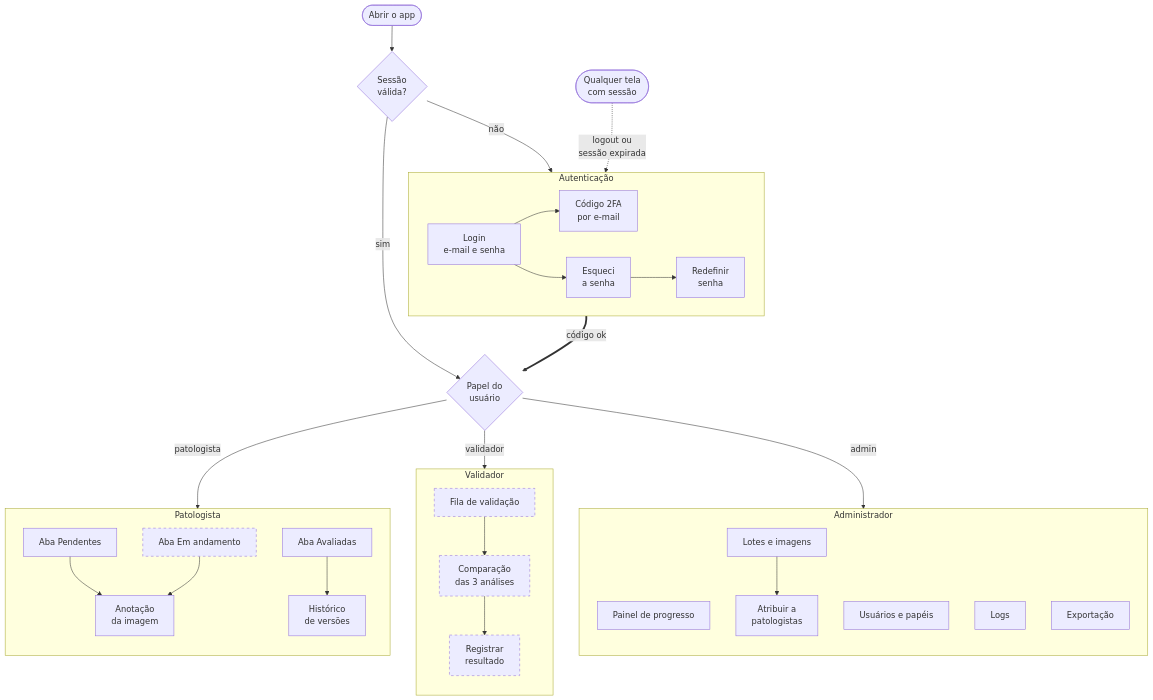
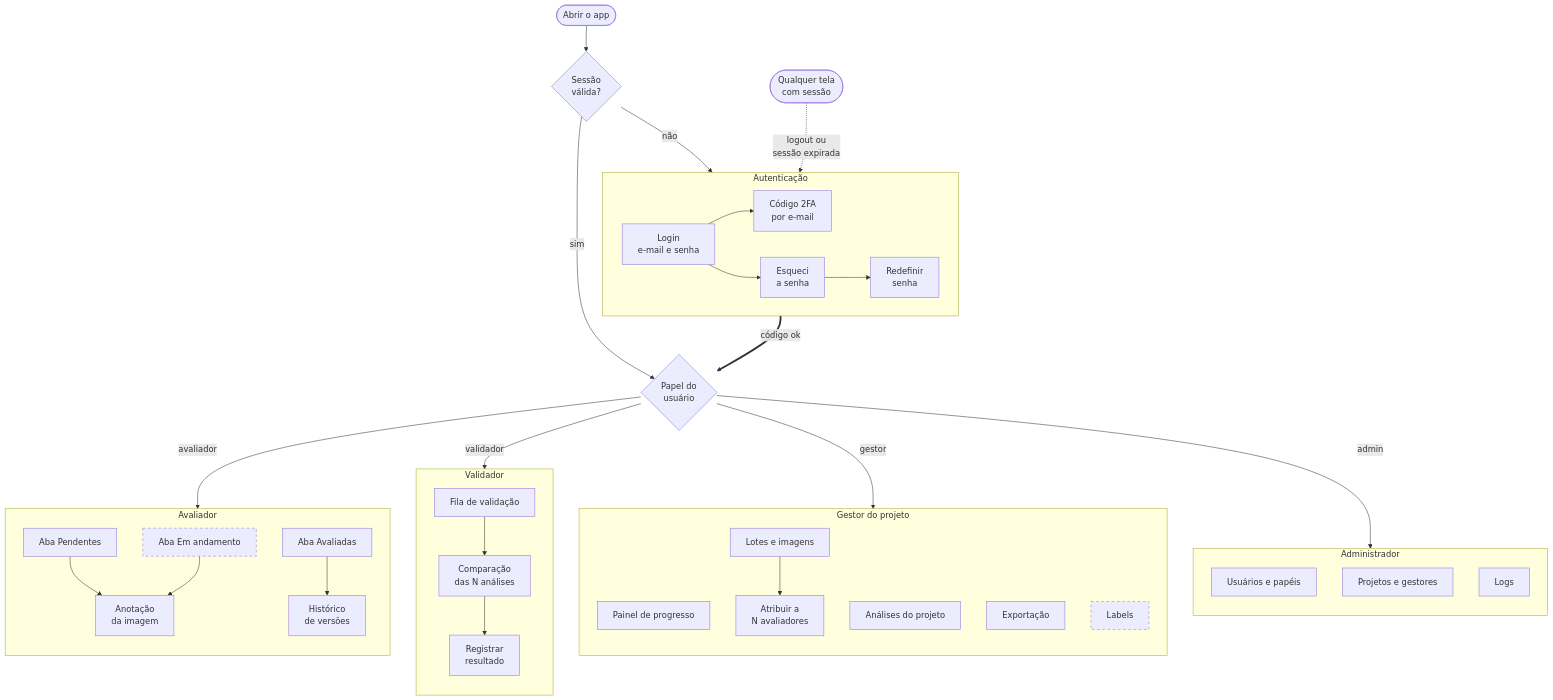
Before and after one commit to Matheus-Lordron/ki67: the fourth of 13 diagrams in docs/02-arquitetura.md, drawn with Mermaid. The commit also changed other lines of this file and 6 other files, not shown here.

````diff
--- a/docs/02-arquitetura.md
+++ b/docs/02-arquitetura.md
@@ -153,42 +160,50 @@
 ```mermaid
 flowchart TB
     Abrir(["Abrir o app"]) --> Sessao{"Sessão<br/>válida?"}
     Sessao -- não --> Auth
     Sessao -- sim --> Papel{"Papel do<br/>usuário"}
     Qualquer(["Qualquer tela<br/>com sessão"]) -.->|"logout ou<br/>sessão expirada"| Auth
 
     subgraph Auth["Autenticação"]
         direction LR
         Login["Login<br/>e-mail e senha"] --> Codigo["Código 2FA<br/>por e-mail"]
         Login --> Esqueci["Esqueci<br/>a senha"] --> Redefinir["Redefinir<br/>senha"]
     end
     Auth ==>|"código ok"| Papel
 
-    Papel -->|patologista| Pat
+    Papel -->|avaliador| Aval
     Papel -->|validador| Val
+    Papel -->|gestor| Gest
     Papel -->|admin| Adm
 
-    subgraph Pat["Patologista"]
+    subgraph Aval["Avaliador"]
         direction TB
         Pendentes["Aba Pendentes"] --> Anotacao["Anotação<br/>da imagem"]
         Andamento["Aba Em andamento"] --> Anotacao
         Avaliadas["Aba Avaliadas"] --> Historico["Histórico<br/>de versões"]
     end
 
     subgraph Val["Validador"]
         direction TB
-        Fila["Fila de validação"] --> Comparar["Comparação<br/>das 3 análises"] --> Resultado["Registrar<br/>resultado"]
+        Fila["Fila de validação"] --> Comparar["Comparação<br/>das N análises"] --> Resultado["Registrar<br/>resultado"]
+    end
+
+    subgraph Gest["Gestor do projeto"]
+        direction TB
+        Painel["Painel de progresso"]
+        Lotes["Lotes e imagens"] --> Atribuir["Atribuir a<br/>N avaliadores"]
+        Analises["Análises do projeto"]
+        Exportar["Exportação"]
+        Labels["Labels"]
     end
 
     subgraph Adm["Administrador"]
         direction TB
-        Painel["Painel de progresso"]
         Usuarios["Usuários e papéis"]
-        Lotes["Lotes e imagens"] --> Atribuir["Atribuir a<br/>patologistas"]
+        Projetos["Projetos e gestores"]
         Logs["Logs"]
-        Exportar["Exportação"]
     end
 
     classDef fase2 stroke-dasharray: 5 5
-    class Andamento,Fila,Comparar,Resultado fase2
+    class Andamento,Labels fase2
 ```
````
